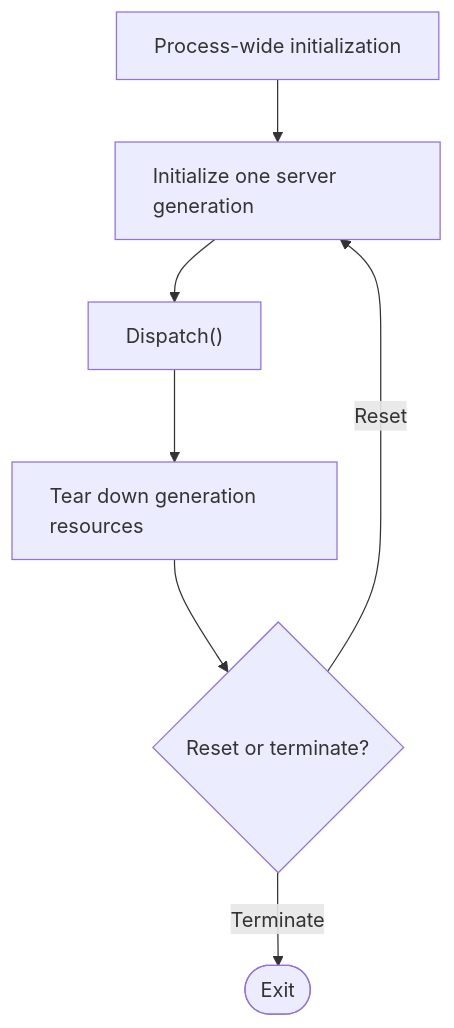
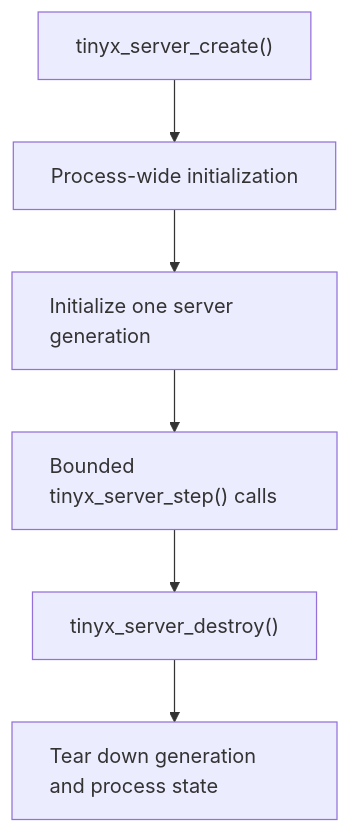
Before and after one commit to pgavlin/tinyx: the third of 8 diagrams in docs/architecture.md, drawn with Mermaid. The commit also changed other lines of this file and 16 other files, not shown here.

````diff
--- a/docs/architecture.md
+++ b/docs/architecture.md
@@ -291,12 +290,11 @@
 ```mermaid
 flowchart TD
-    process["Process-wide initialization"] --> init["Initialize one server generation"]
-    init --> dispatch["Dispatch()"]
-    dispatch --> teardown["Tear down generation resources"]
-    teardown --> decision{"Reset or terminate?"}
-    decision -->|Reset| init
-    decision -->|Terminate| done(["Exit"])
+    create["tinyx_server_create()"] --> process["Process-wide initialization"]
+    process --> init["Initialize one server generation"]
+    init --> step["Bounded tinyx_server_step() calls"]
+    step --> destroy["tinyx_server_destroy()"]
+    destroy --> teardown["Tear down generation and process state"]
 
     classDef prose text-align:left
-    class process,init,dispatch,teardown,decision,done prose
+    class create,process,init,step,destroy,teardown prose
 ```
````
